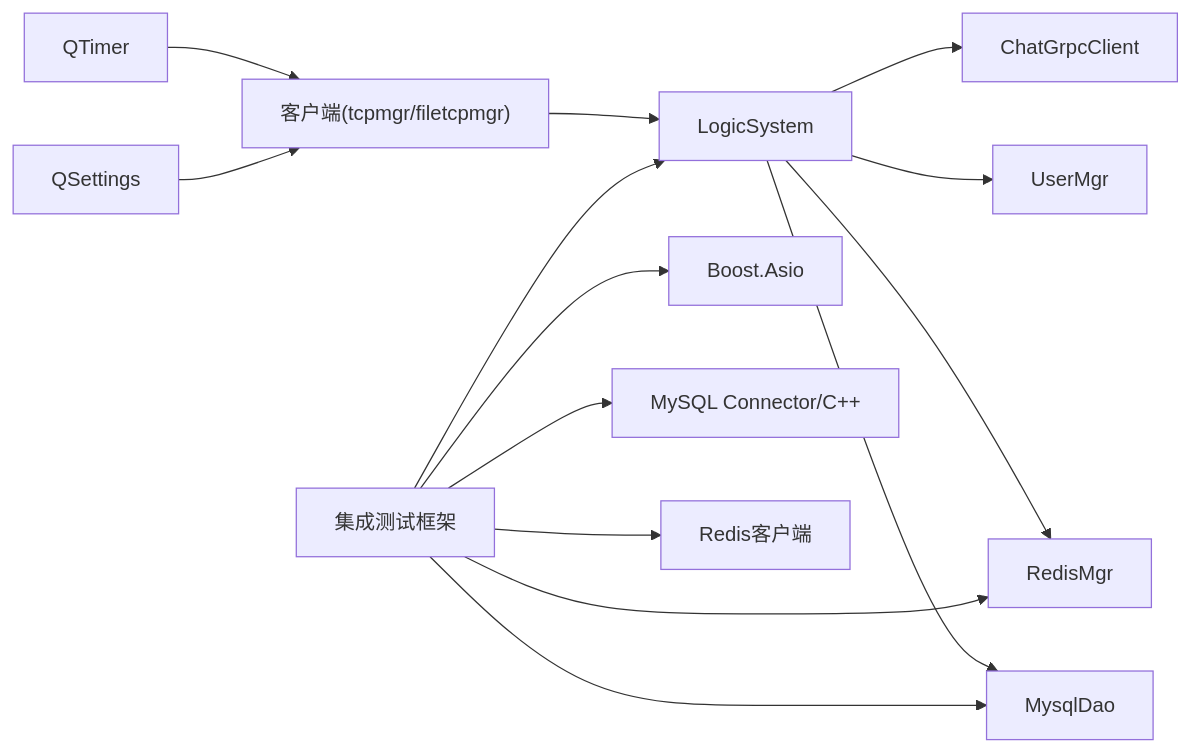
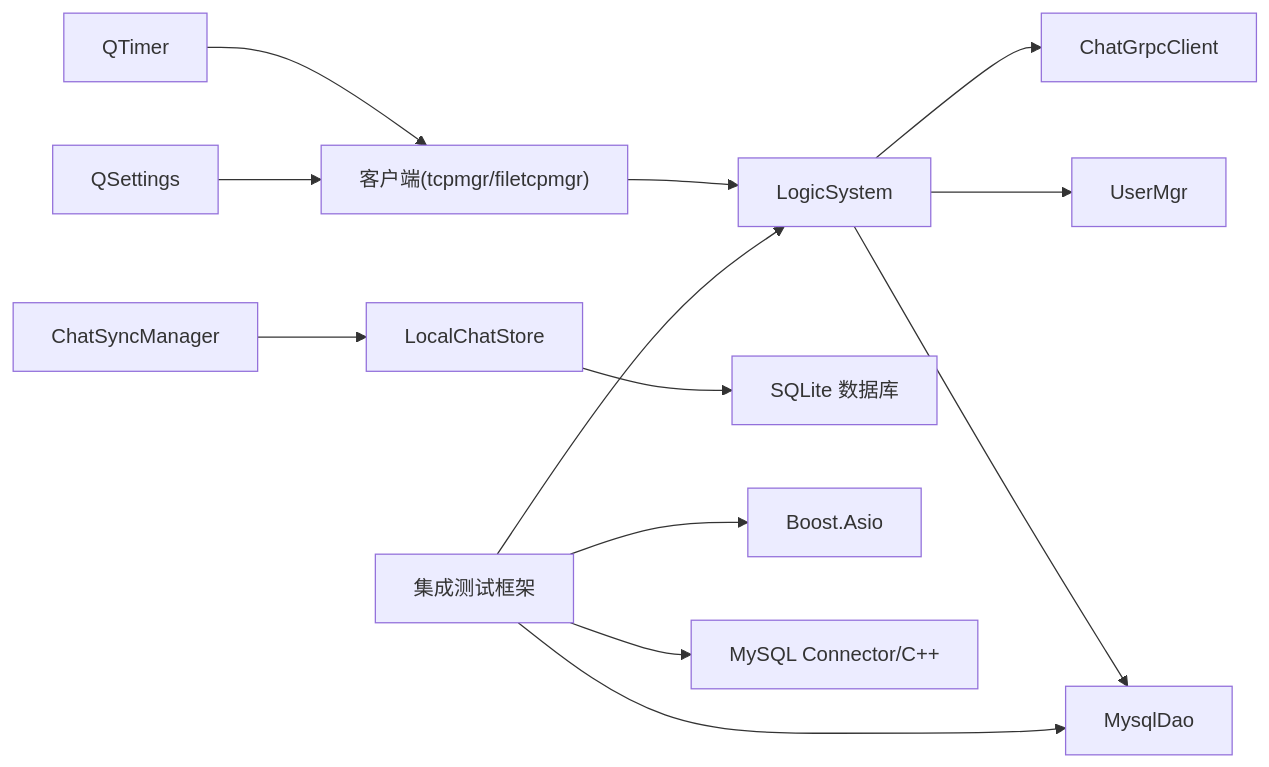
Before and after one commit to echo9923/mychatter: diagram 11 of 11 in .qoder/repowiki/zh/content/核心功能模块/聊天消息系统/离线消息投递系统.md, drawn with Mermaid. The commit also changed other lines of this file and 132 other files, not shown here.

````diff
--- a/.qoder/repowiki/zh/content/核心功能模块/聊天消息系统/离线消息投递系统.md
+++ b/.qoder/repowiki/zh/content/核心功能模块/聊天消息系统/离线消息投递系统.md
@@ -570,16 +483,15 @@
 ```mermaid
 graph LR
 LS["LogicSystem"] --> MD["MysqlDao"]
-LS --> RM["RedisMgr"]
 LS --> UM["UserMgr"]
 LS --> GC["ChatGrpcClient"]
 CL["客户端(tcpmgr/filetcpmgr)"] --> LS
+SyncMgr["ChatSyncManager"] --> LocalStore["LocalChatStore"]
+LocalStore --> SQLite["SQLite 数据库"]
 Timer["QTimer"] --> CL
 Config["QSettings"] --> CL
 Test["集成测试框架"] --> LS
 Test --> MD
-Test --> RM
 Test --> Boost["Boost.Asio"]
 Test --> MySQL["MySQL Connector/C++"]
-Test --> RedisClient["Redis客户端"]
 ```
````
